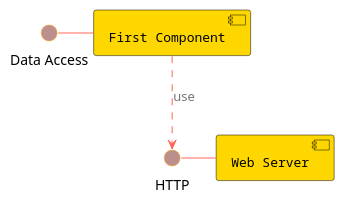
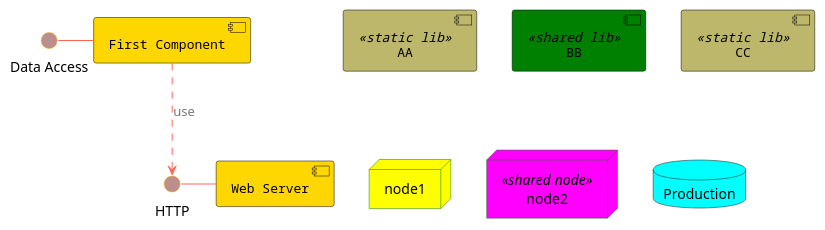
One commit to zzu-andrew/linux-sys changed the diagram in UML/组件图/component_with_skinparam.pu. Above: the diagram before and after it, drawn with PlantUML. The commit also changed 69 other files, not shown here.

```diff
--- a/UML/组件图/component_with_skinparam.pu
+++ b/UML/组件图/component_with_skinparam.pu
@@ -1,29 +1,50 @@
 @startuml  skinparam 
 /'
 用 skinparam 改变字体和颜色。
 可以在如下场景中使用:
 • 在图示的定义中,
 • 在引入的文件中,
 • 在命令行或者 ANT 任务提供的配置文件中。
 可以为构造类型和接口定义特殊的颜色和字体
 '/
 skinparam interface {
 backgroundColor RosyBrown
 borderColor orange
 }
 skinparam component {
 FontSize 13
 BackgroundColor<<Apache>> Red
 BorderColor<<Apache>> #FF6655
 FontName Courier
 BorderColor black
 BackgroundColor gold
 ArrowFontName Impact
 ArrowColor #FF6655
 ArrowFontColor #777777
 }
 () "Data Access" as DA
 DA - [First Component]
 [First Component] ..> () HTTP : use
 HTTP - [Web Server] << Apache >>
+
+
+
+[AA] <<static lib>>
+[BB] <<shared lib>>
+[CC] <<static lib>>
+node node1
+node node2 <<shared node>>
+database Production
+skinparam component {
+backgroundColor<<static lib>> DarkKhaki
+backgroundColor<<shared lib>> Green
+}
+skinparam node {
+borderColor Green
+backgroundColor Yellow
+backgroundColor<<shared node>> Magenta
+}
+skinparam databaseBackgroundColor Aqua
+
+
 @enduml
```
